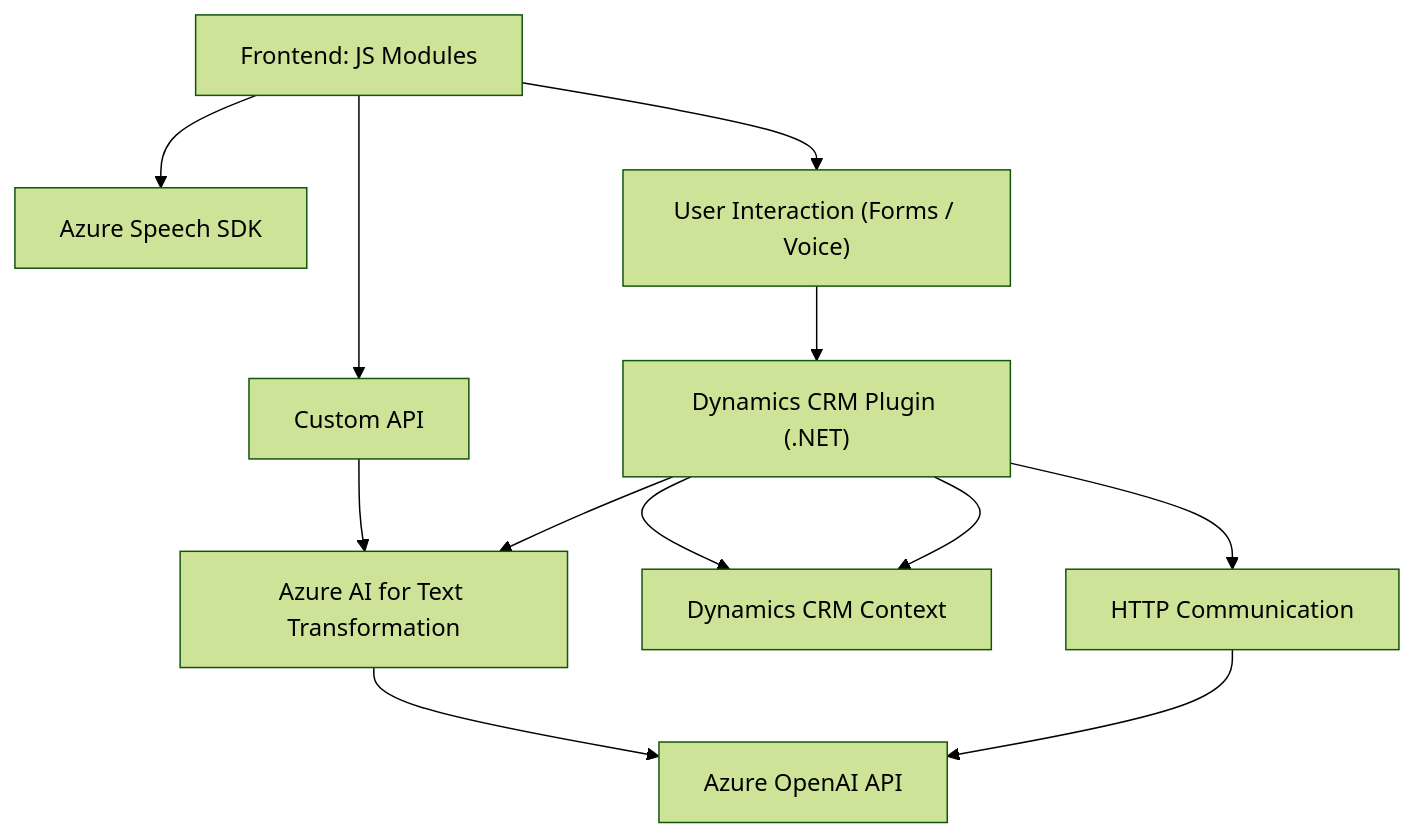
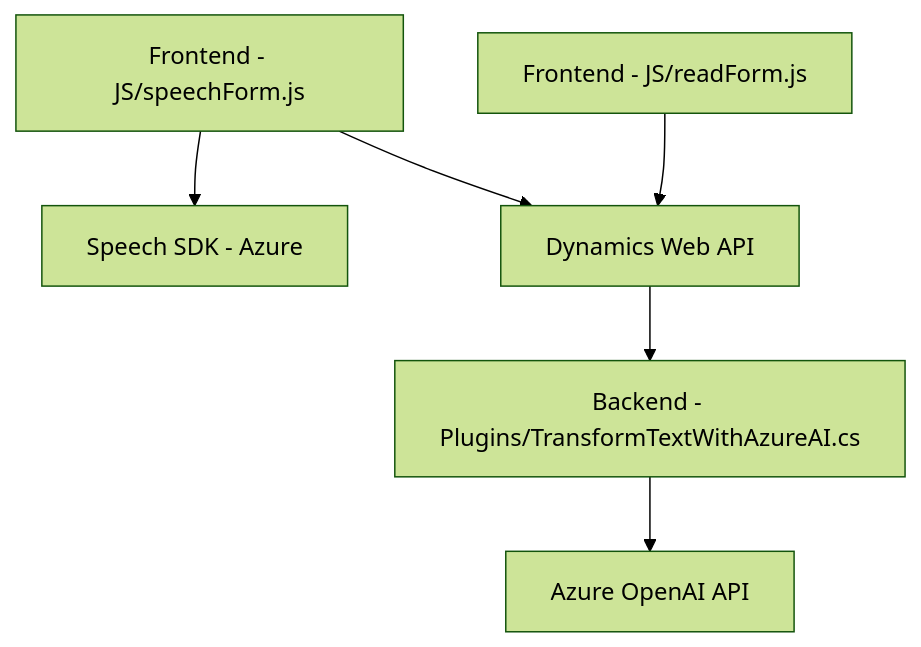
One commit to blopezdm/NETCORE_BILBAO2025 changed the diagram in README.md. Above: the diagram before and after it, drawn with Mermaid (forest theme). The commit also changed other lines of this file, not shown here.

````diff
--- a/README.md
+++ b/README.md
@@ -48,14 +53,15 @@
 ```mermaid
 graph TD
-    A["Frontend: JS Modules"] --> B["Azure Speech SDK"]
-    A --> C["Custom API"]
-    C --> D["Azure AI for Text Transformation"]
-    D --> E["Azure OpenAI API"]
-    F["Dynamics CRM Plugin (.NET)"] --> D
-    F --> G["Dynamics CRM Context"]
-    F --> H["HTTP Communication"]
-    H --> E
-    A --> I["User Interaction (Forms / Voice)"]
-    I --> F
-    F --> G
+    A["Frontend - JS/readForm.js"]
+    B["Frontend - JS/speechForm.js"]
+    C["Speech SDK - Azure"]
+    D["Dynamics Web API"]
+    E["Backend - Plugins/TransformTextWithAzureAI.cs"]
+    F["Azure OpenAI API"]
+
+    A --> D
+    B --> C
+    B --> D
+    D --> E
+    E --> F
 ```
````
